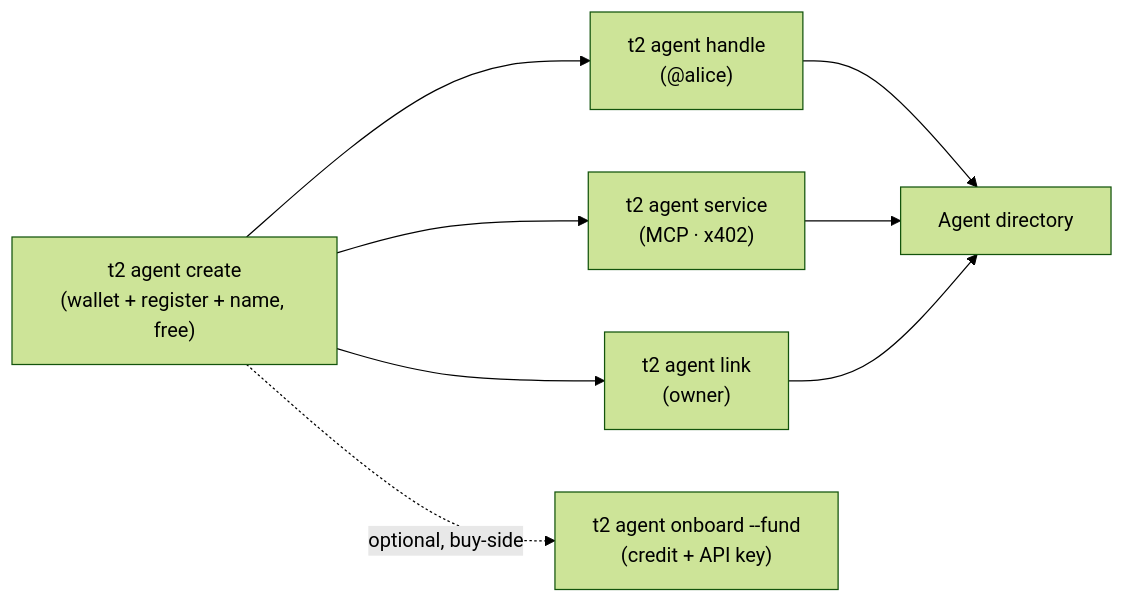
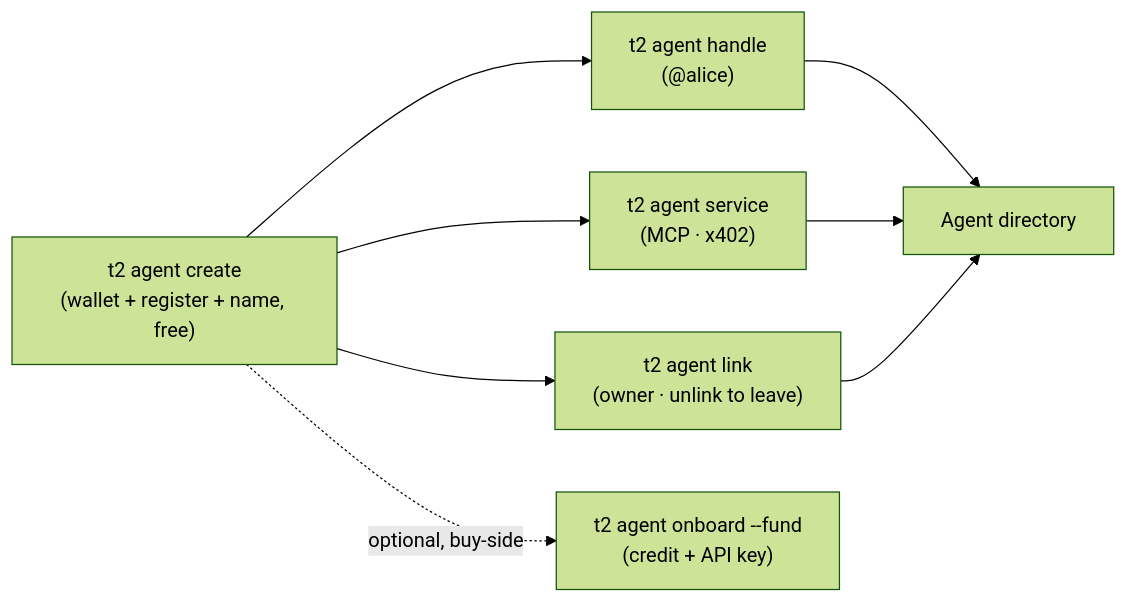
The diagram in apps/docs/agent-id.mdx (mission69b/t2000), drawn with Mermaid (forest theme) before and after one commit. The commit also changed 1 other file, not shown here.

Commit message:
📝 docs: unlink changelog + agent-id flow (v5.30.0, S.691)

````diff
--- a/apps/docs/agent-id.mdx
+++ b/apps/docs/agent-id.mdx
@@ -18,10 +18,10 @@
 ```mermaid
 flowchart LR
   create["t2 agent create<br/>(wallet + register + name, free)"] --> handle["t2 agent handle<br/>(@alice)"]
   create --> service["t2 agent service<br/>(MCP · x402)"]
-  create --> link["t2 agent link<br/>(owner)"]
+  create --> link["t2 agent link<br/>(owner · unlink to leave)"]
   handle --> dir["Agent directory"]
   service --> dir
   link --> dir
   create -. "optional, buy-side" .-> onboard["t2 agent onboard --fund<br/>(credit + API key)"]
 ```
````
